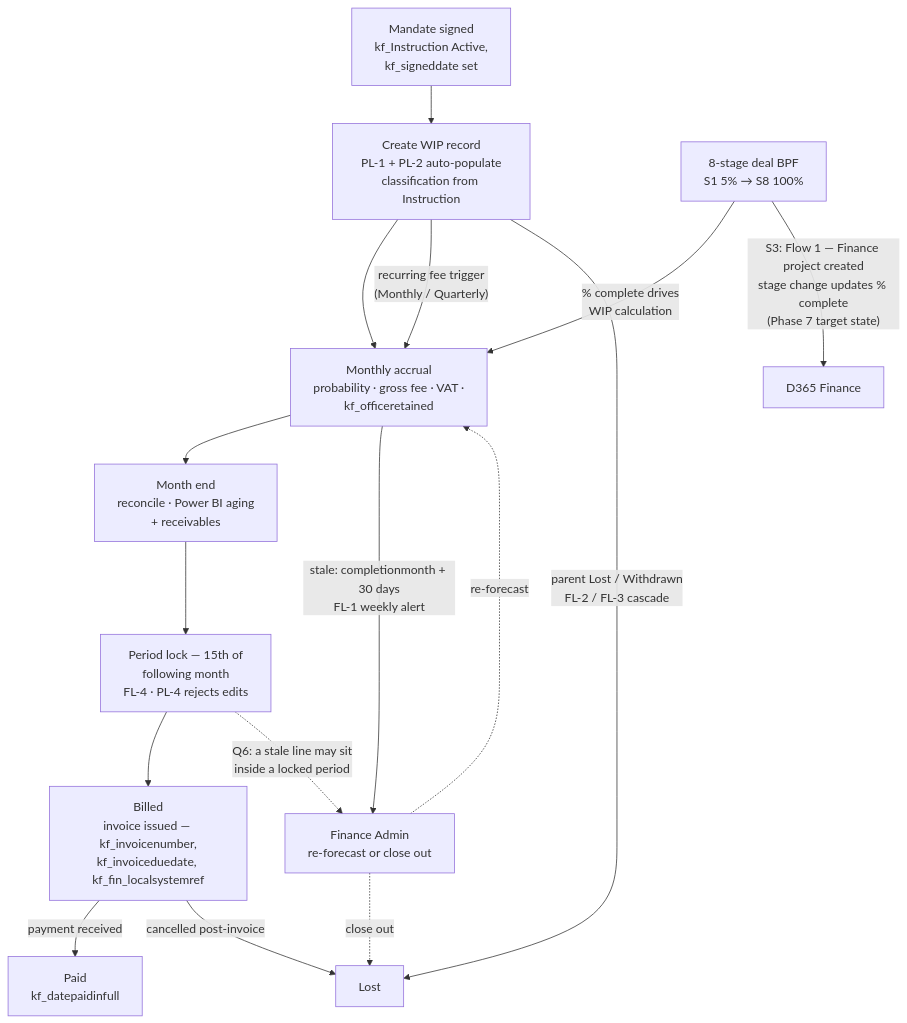
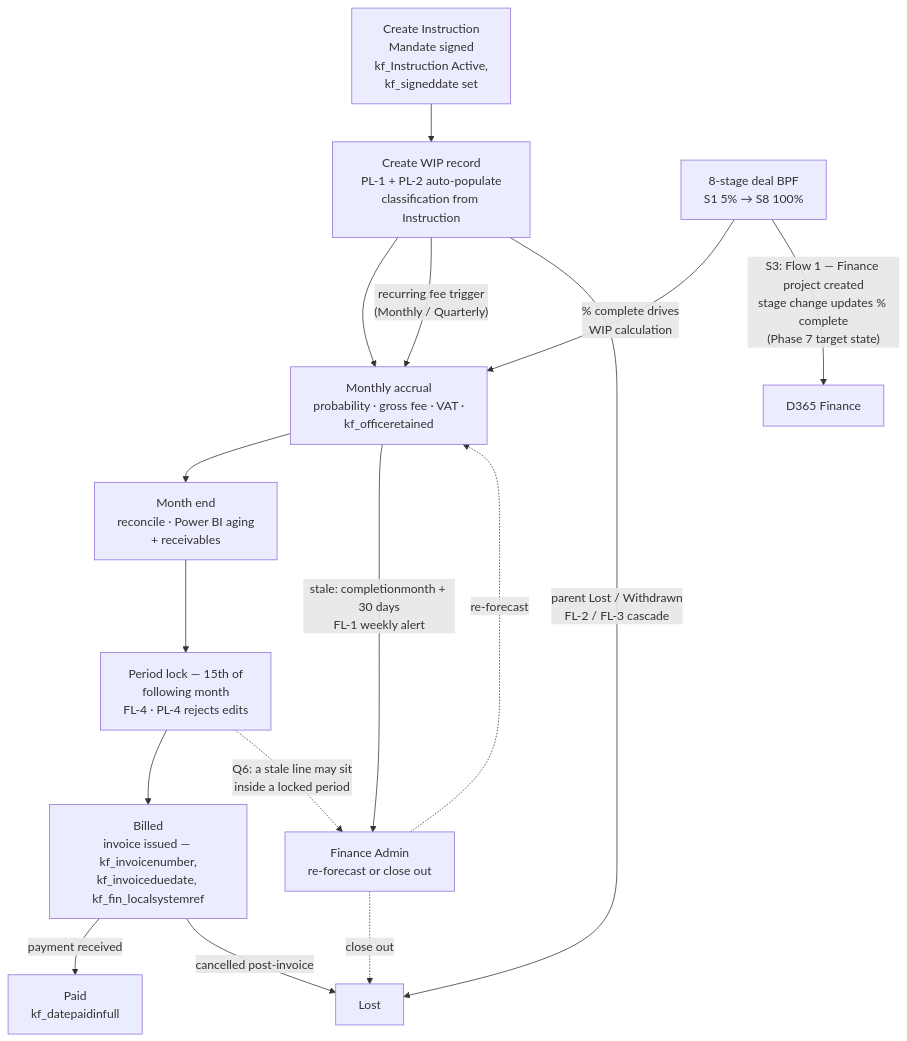
The diagram in POC-EuroWIP-Vault/wiki/wip-high-level-workflow.md (newportg/POC-EuroWIP), drawn with Mermaid before and after one commit. The commit also changed 5 other files, not shown here.

````diff
--- a/POC-EuroWIP-Vault/wiki/wip-high-level-workflow.md
+++ b/POC-EuroWIP-Vault/wiki/wip-high-level-workflow.md
@@ -26,22 +26,22 @@
 ```mermaid
 flowchart TD
-    M["Mandate signed<br/>kf_Instruction Active,<br/>kf_signeddate set"] --> W["Create WIP record<br/>PL-1 + PL-2 auto-populate<br/>classification from Instruction"]
+    M["Create Instruction<br/>Mandate signed<br/>kf_Instruction Active,<br/>kf_signeddate set"] --> W["Create WIP record<br/>PL-1 + PL-2 auto-populate<br/>classification from Instruction"]
     W --> A["Monthly accrual<br/>probability · gross fee · VAT ·<br/>kf_officeretained"]
     A --> MT["Month end<br/>reconcile · Power BI aging<br/>+ receivables"]
     MT --> L["Period lock — 15th of<br/>following month<br/>FL-4 · PL-4 rejects edits"]
 
     W -->|"recurring fee trigger<br/>(Monthly / Quarterly)"| A
 
     BPF["8-stage deal BPF<br/>S1 5% → S8 100%"] -->|"% complete drives<br/>WIP calculation"| A
     BPF -->|"S3: Flow 1 — Finance project created<br/>stage change updates % complete<br/>(Phase 7 target state)"| FIN["D365 Finance"]
 
     A -->|"stale: completionmonth + 30 days<br/>FL-1 weekly alert"| ST["Finance Admin<br/>re-forecast or close out"]
     ST -.->|"re-forecast"| A
     ST -.->|"close out"| X["Lost"]
 
     L --> B["Billed<br/>invoice issued — kf_invoicenumber,<br/>kf_invoiceduedate, kf_fin_localsystemref"]
     B -->|"payment received"| P["Paid<br/>kf_datepaidinfull"]
     B -->|"cancelled post-invoice"| X
     W -->|"parent Lost / Withdrawn<br/>FL-2 / FL-3 cascade"| X
     L -.->|"Q6: a stale line may sit<br/>inside a locked period"| ST
 ```
````
